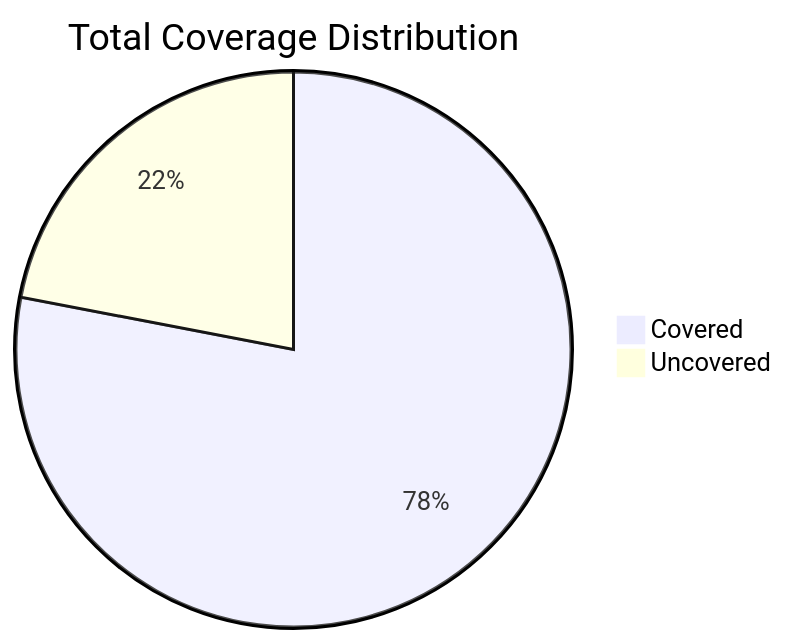
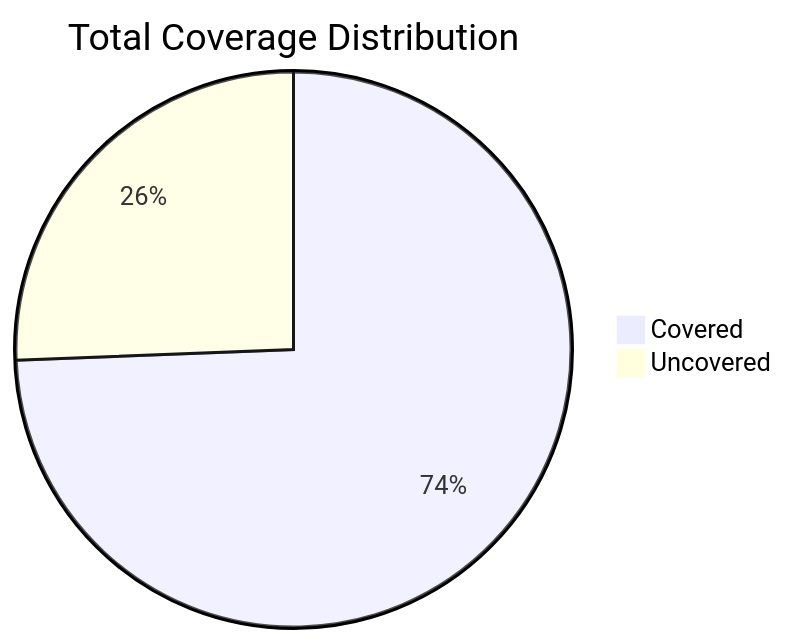
One commit to nurdwerks/jules-gemini3-chess-engine changed the second of 6 diagrams in COVERAGE_REPORT.md. Above: the diagram before and after it, drawn with Mermaid. The commit also changed other lines of this file and 9 other files, not shown here.

````diff
--- a/COVERAGE_REPORT.md
+++ b/COVERAGE_REPORT.md
@@ -183,5 +308,5 @@
 ```mermaid
 pie title Total Coverage Distribution
-    "Covered" : 78.02
-    "Uncovered" : 21.98
+    "Covered" : 74.38
+    "Uncovered" : 25.62
 ```
````
